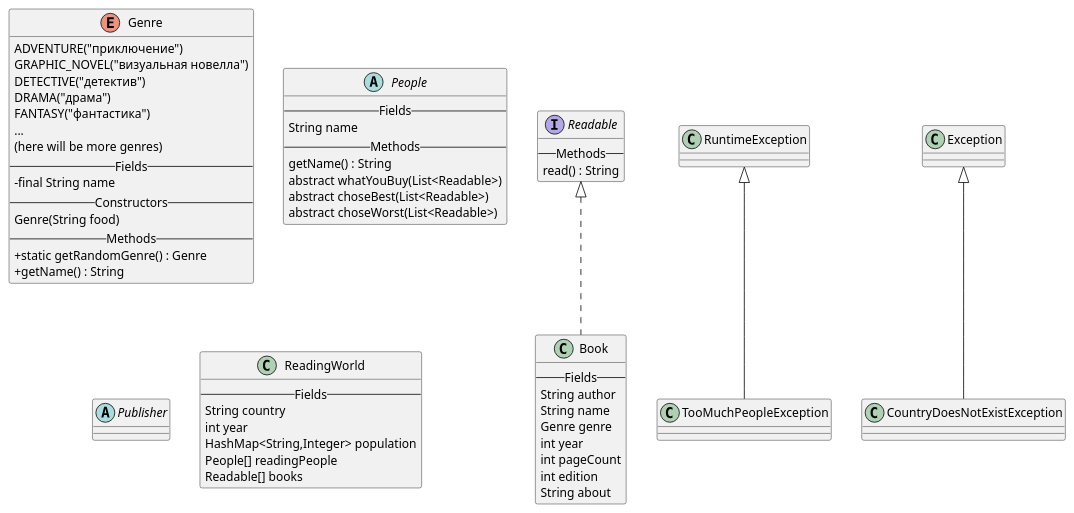
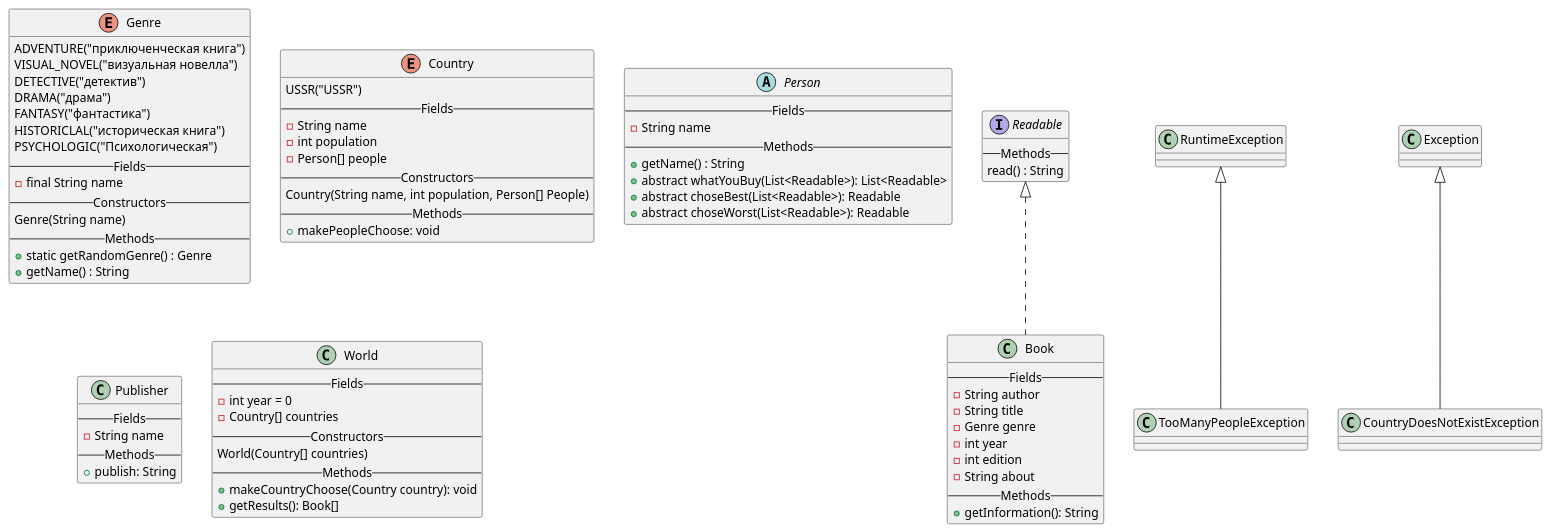
One commit to Andryss/TheBestRealizationLabWork4 changed the diagram in TheBestUML.puml. Above: the diagram before and after it, drawn with PlantUML. The commit also changed 1 other file, not shown here.

Commit message:
1) added class Country 2) class Publisher is no longer abstract 3) big changes in class ReadingWorld which is World now

```diff
--- a/TheBestUML.puml
+++ b/TheBestUML.puml
@@ -1,81 +1,109 @@
 @startuml
 'Текст задания:
 '
 'Издательская компания «Эксмо» совместно с Hoff представила данные по
 'книжным предпочтениям россиян в 2021 году: абсолютным лидером продаж
 'стали книги (издание и переиздание) Михаила Лабковского «Хочу и буду»,
 'сообщили в пресс-службе.
 '
 'Книги психолога лидировали по продажам по всей стране: за год было
 'продано более 129 тыс. экземпляров первого издания и 34,5 тыс. второго.
 '
 'На втором месте по популярности у покупателей детектив «Внутри убийцы»
 'израильского писателя Майка Омера (более 92 тыс. экземпляров) про
 'криминального психолога-женщину, расследующую череду жестоких
 'преступлений. Тройку лидеров продаж замыкает роман «Transhumanism inc.»
 'Виктора Пелевина — новинка российского автора разошлась в количестве 71
 'тыс. экземпляров.
 
-skinparam classAttributeIconSize 0
-
 enum Genre {
-ADVENTURE("приключение")
-GRAPHIC_NOVEL("визуальная новелла")
+ADVENTURE("приключенческая книга")
+VISUAL_NOVEL("визуальная новелла")
 DETECTIVE("детектив")
 DRAMA("драма")
 FANTASY("фантастика")
-...
-(here will be more genres)
+HISTORICLAL("историческая книга")
+PSYCHOLOGIC("Психологическая")
 --Fields--
 - final String name
 --Constructors--
-Genre(String food)
+Genre(String name)
 --Methods--
+'do not forget about collisions:
+'do not return same object twice
+'it may cause some problems since objects would have the same link
 + static getRandomGenre() : Genre
 + getName() : String
+}
+
+enum Country{
+'some countries
+USSR("USSR")
+--Fields--
+- String name
+- int population
+- Person[] people
+--Constructors--
+Country(String name, int population, Person[] People)
+--Methods--
++makePeopleChoose: void
 }
 
 interface Readable {
 --Methods--
 read() : String
 }
 
 class Book implements Readable {
 --Fields--
-String author
-String name
-Genre genre
-int year
-int pageCount
-int edition
-String about
+'too many fields, maybe we should reduce it's number
+- String author
+- String title
+- Genre genre
+- int year
+- int edition
+- String about
+--Methods--
+'maybe we can store info about book just as String
+'and return it
++getInformation(): String
 }
 
-abstract class People {
+
+abstract class Person {
 --Fields--
-String name
+- String name
 --Methods--
-getName() : String
-abstract whatYouBuy(List<Readable>)
-abstract choseBest(List<Readable>)
-abstract choseWorst(List<Readable>)
++ getName() : String
++ abstract whatYouBuy(List<Readable>): List<Readable>
++ abstract choseBest(List<Readable>): Readable
++ abstract choseWorst(List<Readable>): Readable
 }
 
-abstract class Publisher {
+'dont think it should be abstract
+class Publisher {
+--Fields--
+- String name
+--Methods--
++ publish: String
 }
 
-class ReadingWorld {
+class World {
 --Fields--
-String country
-int year
-HashMap<String,Integer> population
-People[] readingPeople
-Readable[] books
+- int year = 0
+- Country[] countries
+--Constructors--
+World(Country[] countries)
+--Methods--
+'this method takes country and invokes methods
+'whatyoubuy and choosebest/worst for all people in it
++ makeCountryChoose(Country country): void
++ getResults(): Book[]
 }
 
-class TooMuchPeopleException extends RuntimeException {
+class TooManyPeopleException extends RuntimeException {
 }
 
 class CountryDoesNotExistException extends Exception {
 }
 @enduml
```
